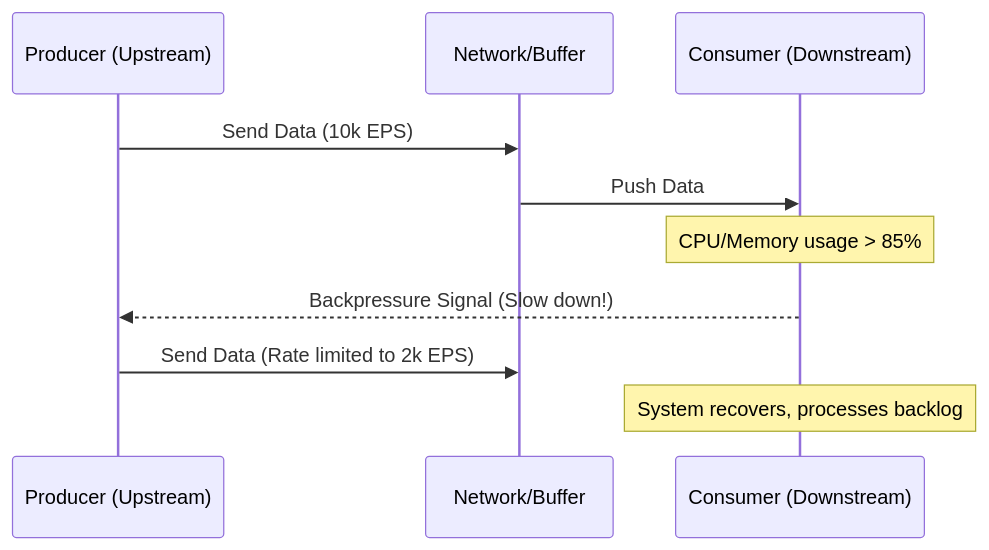
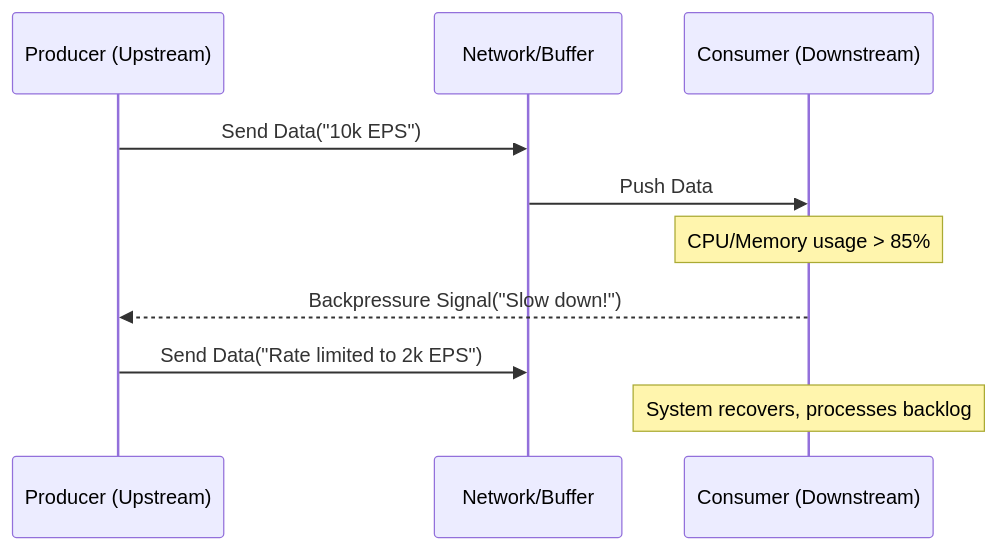
The first of 2 diagrams in src/content/docs/concepts/2-data-ingestion-integration/backpressure-handling.md (kythuatdulieu/kythuatdulieu.github.io), drawn with Mermaid before and after one commit. The commit also changed other lines of this file and 190 other files, not shown here.

Commit message:
fix: resolve mermaid syntax, math rendering, and metadata issues from content rewrite

````diff
--- a/src/content/docs/concepts/2-data-ingestion-integration/backpressure-handling.md
+++ b/src/content/docs/concepts/2-data-ingestion-integration/backpressure-handling.md
@@ -28,13 +28,13 @@
 ```mermaid
 sequenceDiagram
     participant P as Producer (Upstream)
     participant Q as Network/Buffer
     participant C as Consumer (Downstream)
     
-    P->>Q: Send Data (10k EPS)
+    P->>Q: Send Data("10k EPS")
     Q->>C: Push Data
     Note over C: CPU/Memory usage > 85%
-    C-->>P: Backpressure Signal (Slow down!)
-    P->>Q: Send Data (Rate limited to 2k EPS)
+    C-->>P: Backpressure Signal("Slow down!")
+    P->>Q: Send Data("Rate limited to 2k EPS")
     Note over C: System recovers, processes backlog
 ```
````
